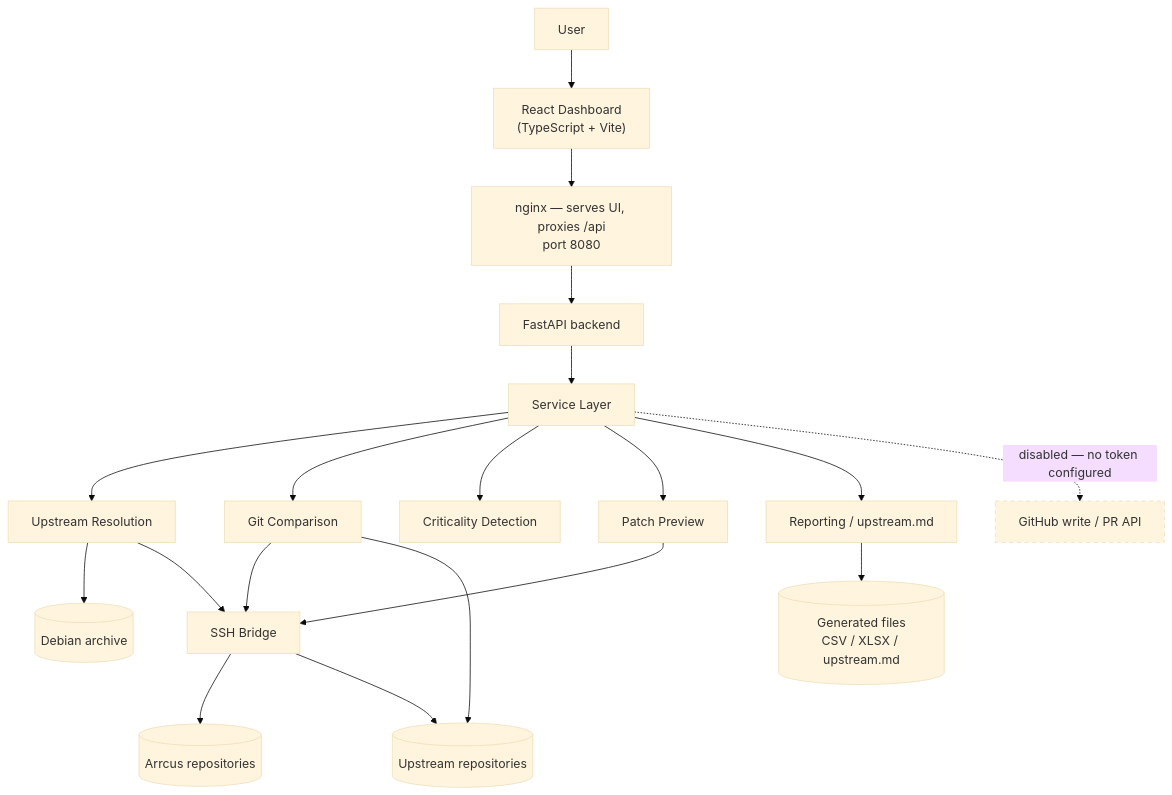
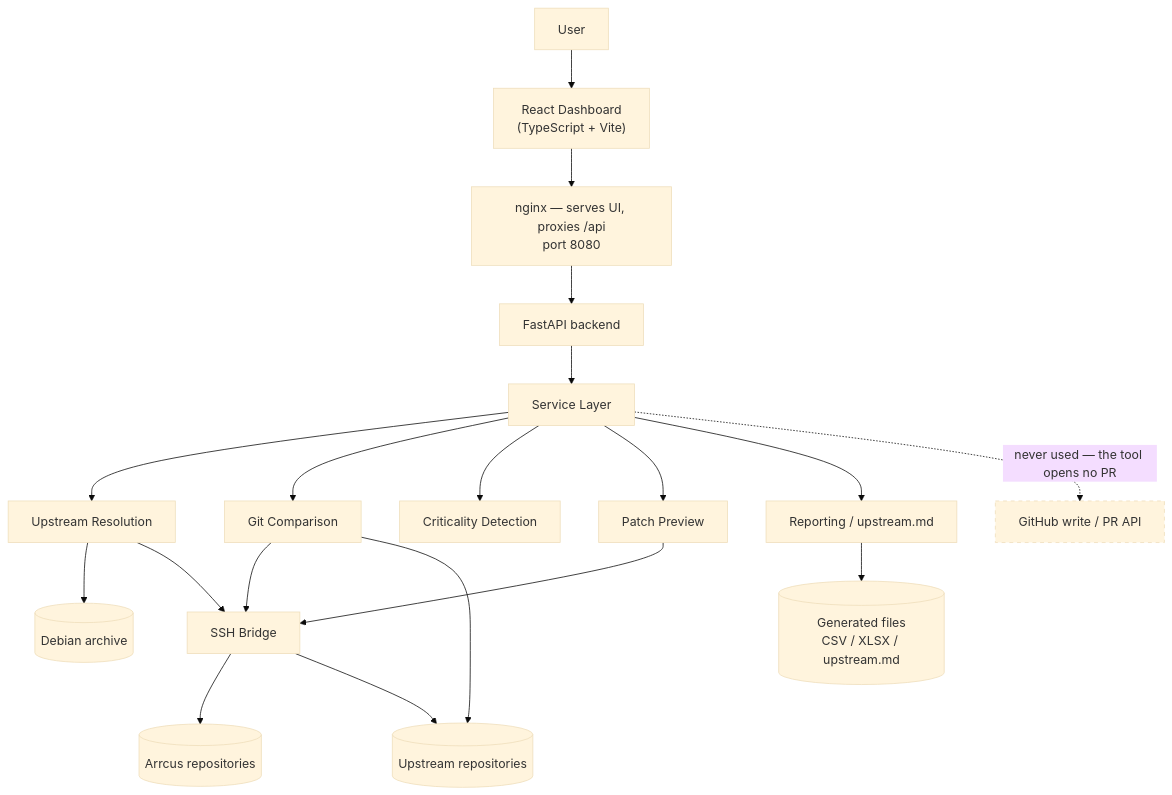
One commit to somil-rathore-arrcus/arcos-package-manager changed the first of 2 diagrams in docs/internship-project-document.md. Above: the diagram before and after it, drawn with Mermaid (base theme). The commit also changed other lines of this file and 19 other files, not shown here.

````diff
--- a/docs/internship-project-document.md
+++ b/docs/internship-project-document.md
@@ -79,27 +79,27 @@
 ```mermaid
 flowchart TB
     U["User"] --> FE["React Dashboard<br/>(TypeScript + Vite)"]
     FE --> NX["nginx — serves UI, proxies /api<br/>port 8080"]
     NX --> API["FastAPI backend"]
     API --> SL["Service Layer"]
 
     SL --> R1["Upstream Resolution"]
     SL --> R2["Git Comparison"]
     SL --> R3["Criticality Detection"]
     SL --> R4["Patch Preview"]
     SL --> R5["Reporting / upstream.md"]
 
     R1 --> DEB[("Debian archive")]
     R1 --> SSH["SSH Bridge"]
     R2 --> SSH
     R4 --> SSH
     SSH --> ARC[("Arrcus repositories")]
     SSH --> UPS[("Upstream repositories")]
     R2 --> UPS
 
     R5 --> FILES[("Generated files<br/>CSV / XLSX / upstream.md")]
 
-    SL -. "disabled — no token configured" .-> GH["GitHub write / PR API"]
+    SL -. "never used — the tool opens no PR" .-> GH["GitHub write / PR API"]
 
     style GH stroke-dasharray: 5 5
 ```
````
